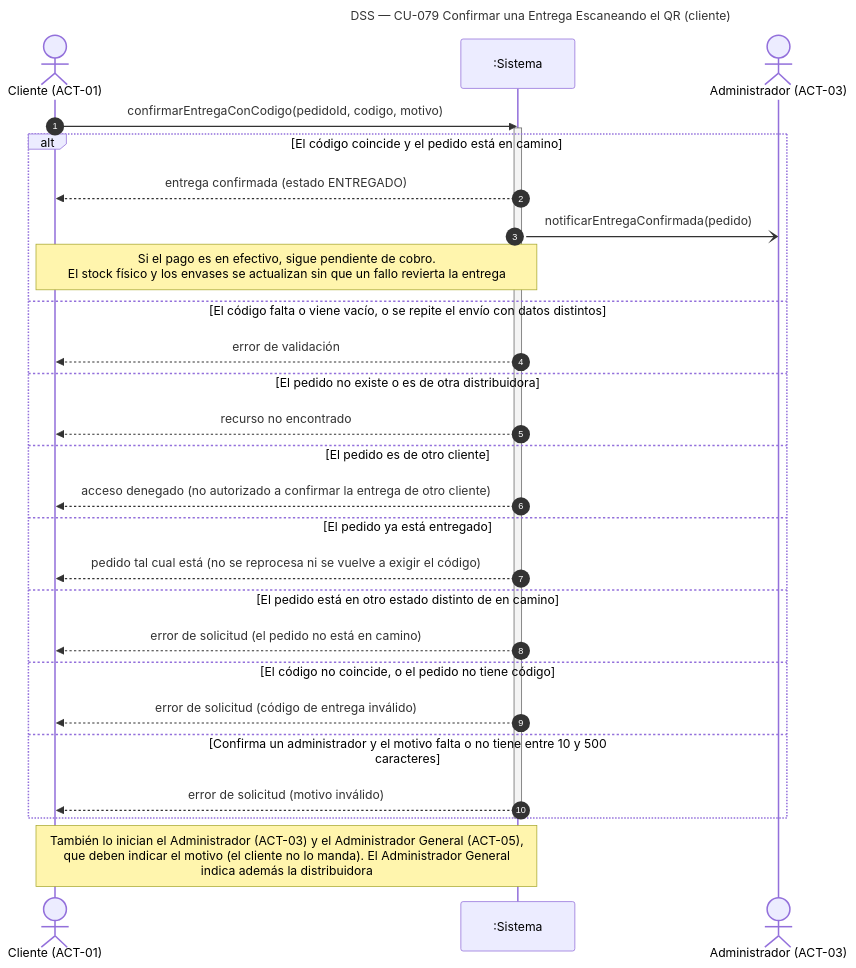
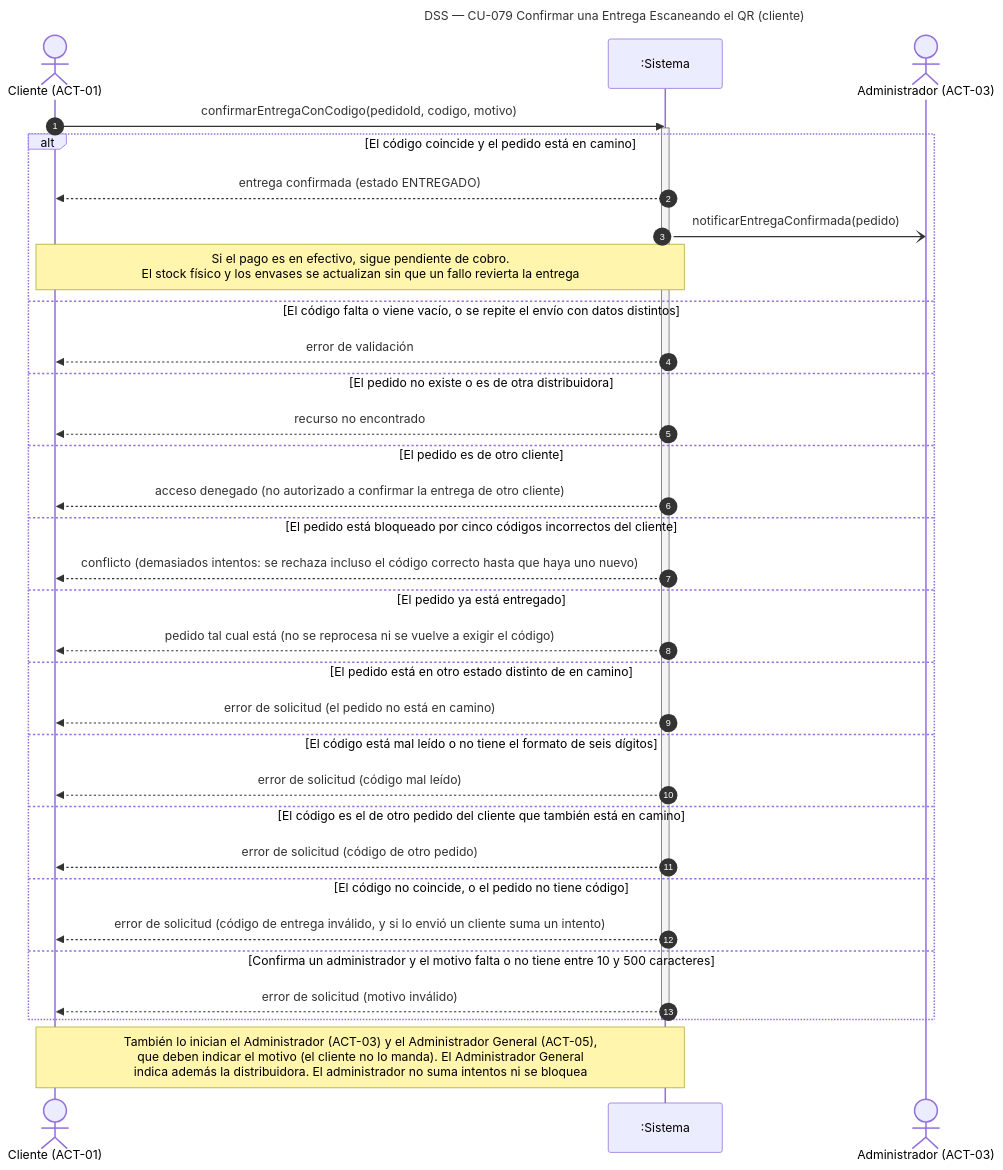
Before and after one commit to Nahuelito-Dev/splg-docs: the diagram in diagramas/DSS_CU-079_Confirmar-una-Entrega-Escaneando-el-QR.mmd, drawn with Mermaid. The commit also changed 16 other files, not shown here.

Commit message:
docs(cu-078,cu-079): código de entrega de seis dígitos, tope de cinco intentos y código nuevo

```diff
--- a/diagramas/DSS_CU-079_Confirmar-una-Entrega-Escaneando-el-QR.mmd
+++ b/diagramas/DSS_CU-079_Confirmar-una-Entrega-Escaneando-el-QR.mmd
@@ -1,30 +1,36 @@
 sequenceDiagram
     title DSS — CU-079 Confirmar una Entrega Escaneando el QR (cliente)
     autonumber
     actor CLI as Cliente (ACT-01)
     participant SIS as :Sistema
     actor ADM as Administrador (ACT-03)
 
     CLI->>SIS: confirmarEntregaConCodigo(pedidoId, codigo, motivo)
     activate SIS
     alt El código coincide y el pedido está en camino
         SIS-->>CLI: entrega confirmada (estado ENTREGADO)
         SIS-)ADM: notificarEntregaConfirmada(pedido)
         Note over CLI,SIS: Si el pago es en efectivo, sigue pendiente de cobro.<br/>El stock físico y los envases se actualizan sin que un fallo revierta la entrega
     else El código falta o viene vacío, o se repite el envío con datos distintos
         SIS-->>CLI: error de validación
     else El pedido no existe o es de otra distribuidora
         SIS-->>CLI: recurso no encontrado
     else El pedido es de otro cliente
         SIS-->>CLI: acceso denegado (no autorizado a confirmar la entrega de otro cliente)
+    else El pedido está bloqueado por cinco códigos incorrectos del cliente
+        SIS-->>CLI: conflicto (demasiados intentos: se rechaza incluso el código correcto hasta que haya uno nuevo)
     else El pedido ya está entregado
         SIS-->>CLI: pedido tal cual está (no se reprocesa ni se vuelve a exigir el código)
     else El pedido está en otro estado distinto de en camino
         SIS-->>CLI: error de solicitud (el pedido no está en camino)
+    else El código está mal leído o no tiene el formato de seis dígitos
+        SIS-->>CLI: error de solicitud (código mal leído)
+    else El código es el de otro pedido del cliente que también está en camino
+        SIS-->>CLI: error de solicitud (código de otro pedido)
     else El código no coincide, o el pedido no tiene código
-        SIS-->>CLI: error de solicitud (código de entrega inválido)
+        SIS-->>CLI: error de solicitud (código de entrega inválido, y si lo envió un cliente suma un intento)
     else Confirma un administrador y el motivo falta o no tiene entre 10 y 500 caracteres
         SIS-->>CLI: error de solicitud (motivo inválido)
     end
     deactivate SIS
-    Note over CLI,SIS: También lo inician el Administrador (ACT-03) y el Administrador General (ACT-05),<br/>que deben indicar el motivo (el cliente no lo manda). El Administrador General<br/>indica además la distribuidora
+    Note over CLI,SIS: También lo inician el Administrador (ACT-03) y el Administrador General (ACT-05),<br/>que deben indicar el motivo (el cliente no lo manda). El Administrador General<br/>indica además la distribuidora. El administrador no suma intentos ni se bloquea
```
